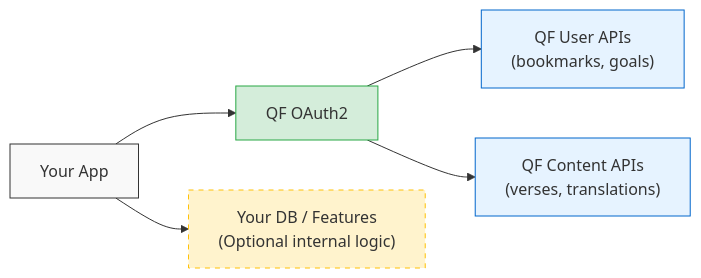
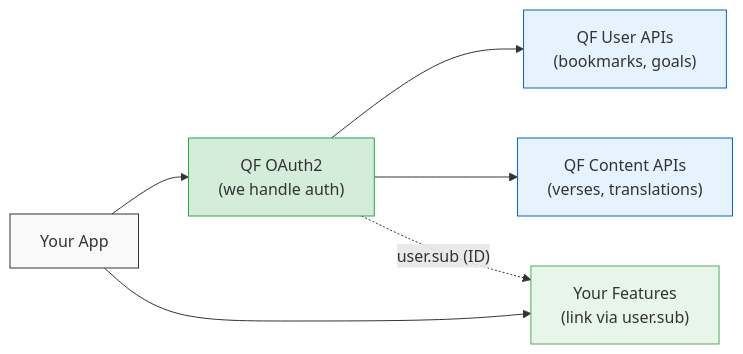
One commit to quran/qf-api-docs changed the second of 3 diagrams in docs/tutorials/oidc/getting-started-with-oauth2.mdx. Above: the diagram before and after it, drawn with Mermaid. The commit also changed other lines of this file and 2 other files, not shown here.

````diff
--- a/docs/tutorials/oidc/getting-started-with-oauth2.mdx
+++ b/docs/tutorials/oidc/getting-started-with-oauth2.mdx
@@ -66,14 +73,15 @@
 ```mermaid
 flowchart LR
-    App["Your App"] --> OAuth["QF OAuth2"]
+    App["Your App"] --> OAuth["QF OAuth2<br/>(we handle auth)"]
     OAuth --> UserAPI["QF User APIs<br/>(bookmarks, goals)"]
     OAuth --> ContentAPI["QF Content APIs<br/>(verses, translations)"]
 
-    App --> OwnDB["Your DB / Features<br/>(Optional internal logic)"]
+    App --> OwnDB["Your Features<br/>(link via user.sub)"]
+    OAuth -.->|"user.sub (ID)"| OwnDB
 
     style App fill:#f9f9f9,stroke:#333
     style OAuth fill:#d4edda,stroke:#28a745
     style UserAPI fill:#e6f3ff,stroke:#0066cc
     style ContentAPI fill:#e6f3ff,stroke:#0066cc
-    style OwnDB fill:#fff3cd,stroke:#ffc107,stroke-dasharray: 5 5
+    style OwnDB fill:#e8f5e9,stroke:#4caf50
 ```
````
